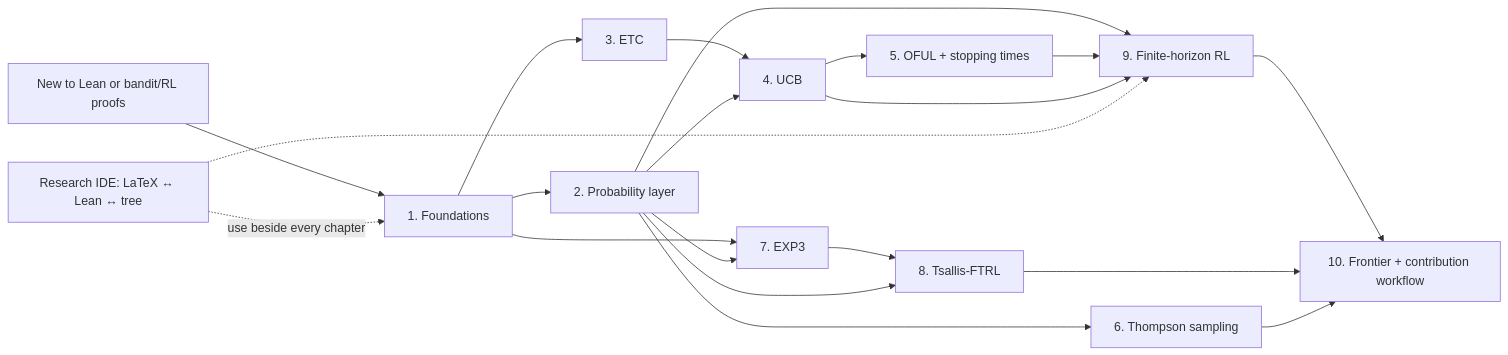
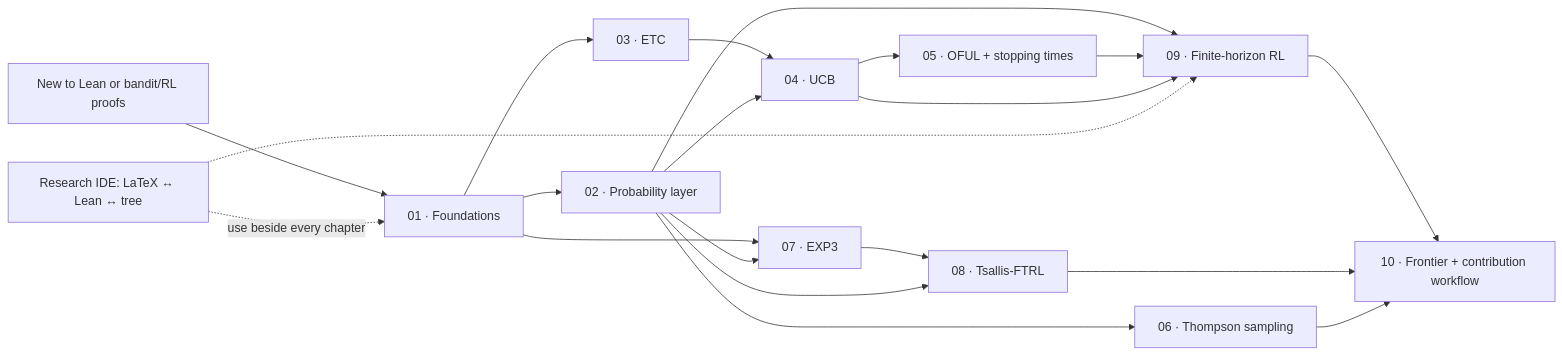
Before and after one commit to DakeBU/Auto-Bandit-RL-Proof-In-Sleep: the diagram in website/diagrams/learning-path.mmd, drawn with Mermaid. The commit also changed 3 other files, not shown here.

Commit message:
Fix Mermaid learning-path labels

```diff
--- a/website/diagrams/learning-path.mmd
+++ b/website/diagrams/learning-path.mmd
@@ -1,21 +1,21 @@
 flowchart LR
-  Start["New to Lean or bandit/RL proofs"] --> F["1. Foundations"]
-  F --> P["2. Probability layer"]
-  F --> ETC["3. ETC"]
-  ETC --> UCB["4. UCB"]
+  Start["New to Lean or bandit/RL proofs"] --> F["01 · Foundations"]
+  F --> P["02 · Probability layer"]
+  F --> ETC["03 · ETC"]
+  ETC --> UCB["04 · UCB"]
   P --> UCB
-  UCB --> OFUL["5. OFUL + stopping times"]
-  P --> TS["6. Thompson sampling"]
-  F --> E["7. EXP3"]
+  UCB --> OFUL["05 · OFUL + stopping times"]
+  P --> TS["06 · Thompson sampling"]
+  F --> E["07 · EXP3"]
   P --> E
-  E --> T["8. Tsallis-FTRL"]
+  E --> T["08 · Tsallis-FTRL"]
   P --> T
-  P --> RL["9. Finite-horizon RL"]
+  P --> RL["09 · Finite-horizon RL"]
   OFUL --> RL
   UCB --> RL
-  RL --> Frontier["10. Frontier + contribution workflow"]
+  RL --> Frontier["10 · Frontier + contribution workflow"]
   T --> Frontier
   TS --> Frontier
 
   IDE["Research IDE: LaTeX ↔ Lean ↔ tree"] -. "use beside every chapter" .-> F
   IDE -.-> RL
```
